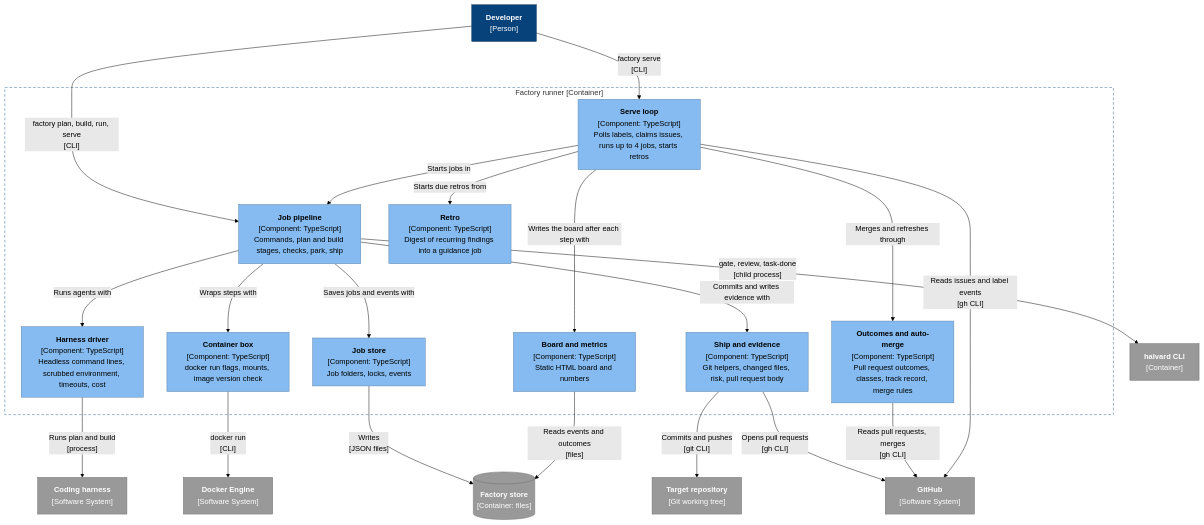
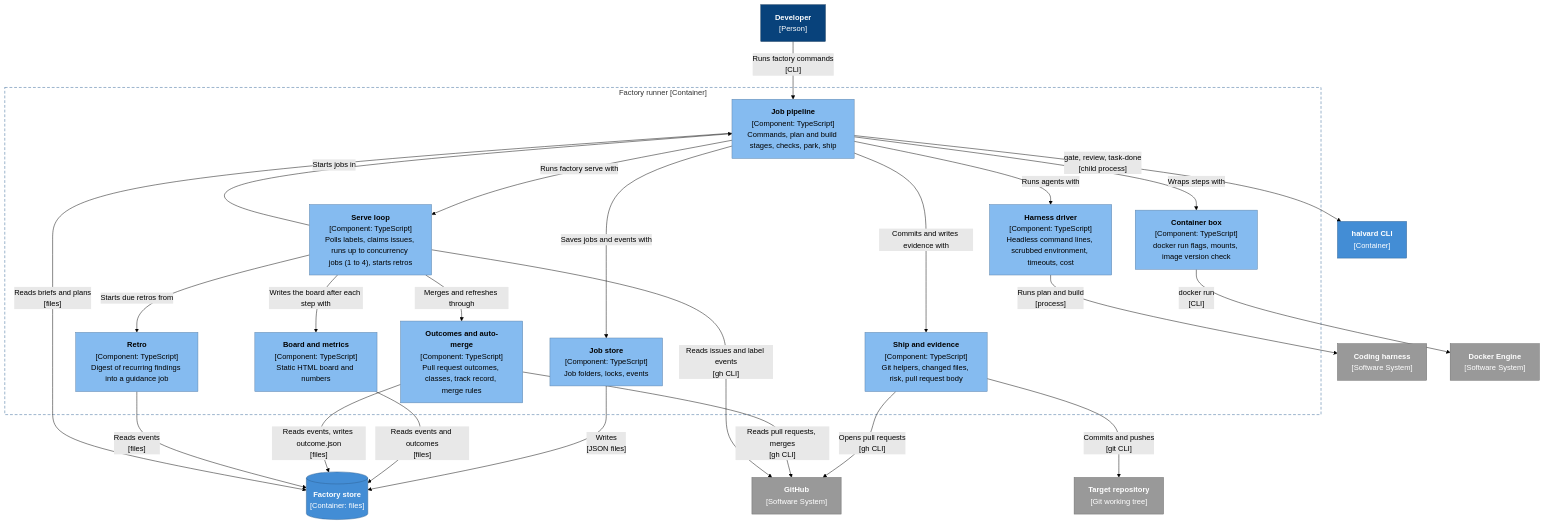
One commit to ghulando/halvard changed the fifth of 7 diagrams in docs/architecture.md. Above: the diagram before and after it, drawn with Mermaid (forest theme). The commit also changed other lines of this file and 1 other file, not shown here.

First line of the commit message:
Correct the architecture document after review

````diff
--- a/docs/architecture.md
+++ b/docs/architecture.md
@@ -199,50 +207,55 @@
 ```mermaid
 flowchart TB
     dev["<b>Developer</b><br/>[Person]"]
     github["<b>GitHub</b><br/>[Software System]"]
     harness["<b>Coding harness</b><br/>[Software System]"]
     cli["<b>halvard CLI</b><br/>[Container]"]
     docker["<b>Docker Engine</b><br/>[Software System]"]
     jobs[("<b>Factory store</b><br/>[Container: files]")]
     repo["<b>Target repository</b><br/>[Git working tree]"]
 
     subgraph runner["Factory runner [Container]"]
         commands["<b>Job pipeline</b><br/>[Component: TypeScript]<br/>Commands, plan and build stages, checks, park, ship"]
-        serve["<b>Serve loop</b><br/>[Component: TypeScript]<br/>Polls labels, claims issues, runs up to 4 jobs, starts retros"]
+        serve["<b>Serve loop</b><br/>[Component: TypeScript]<br/>Polls labels, claims issues, runs up to concurrency jobs (1 to 4), starts retros"]
         driver["<b>Harness driver</b><br/>[Component: TypeScript]<br/>Headless command lines, scrubbed environment, timeouts, cost"]
         box["<b>Container box</b><br/>[Component: TypeScript]<br/>docker run flags, mounts, image version check"]
         store["<b>Job store</b><br/>[Component: TypeScript]<br/>Job folders, locks, events"]
         ship["<b>Ship and evidence</b><br/>[Component: TypeScript]<br/>Git helpers, changed files, risk, pull request body"]
         outcomes["<b>Outcomes and auto-merge</b><br/>[Component: TypeScript]<br/>Pull request outcomes, classes, track record, merge rules"]
         retro["<b>Retro</b><br/>[Component: TypeScript]<br/>Digest of recurring findings into a guidance job"]
         board["<b>Board and metrics</b><br/>[Component: TypeScript]<br/>Static HTML board and numbers"]
     end
 
-    dev -- "factory plan, build, run, serve<br/>[CLI]" --> commands
-    dev -- "factory serve<br/>[CLI]" --> serve
+    dev -- "Runs factory commands<br/>[CLI]" --> commands
+    commands -- "Runs factory serve with" --> serve
     serve -- "Starts jobs in" --> commands
     serve -- "Merges and refreshes through" --> outcomes
     serve -- "Starts due retros from" --> retro
     commands -- "Runs agents with" --> driver
     commands -- "Wraps steps with" --> box
     commands -- "Saves jobs and events with" --> store
     commands -- "Commits and writes evidence with" --> ship
     commands -- "gate, review, task-done<br/>[child process]" --> cli
     driver -- "Runs plan and build<br/>[process]" --> harness
     box -- "docker run<br/>[CLI]" --> docker
     store -- "Writes<br/>[JSON files]" --> jobs
     ship -- "Commits and pushes<br/>[git CLI]" --> repo
     ship -- "Opens pull requests<br/>[gh CLI]" --> github
     outcomes -- "Reads pull requests, merges<br/>[gh CLI]" --> github
     serve -- "Reads issues and label events<br/>[gh CLI]" --> github
     serve -- "Writes the board after each step with" --> board
     board -- "Reads events and outcomes<br/>[files]" --> jobs
+    outcomes -- "Reads events, writes outcome.json<br/>[files]" --> jobs
+    retro -- "Reads events<br/>[files]" --> jobs
+    commands -- "Reads briefs and plans<br/>[files]" --> jobs
 
     classDef person fill:#08427b,stroke:#052e56,color:#ffffff
     classDef component fill:#85bbf0,stroke:#5d82a8,color:#000000
     classDef external fill:#999999,stroke:#6b6b6b,color:#ffffff
     class dev person
+    classDef container fill:#438dd5,stroke:#2e6295,color:#ffffff
     class commands,serve,driver,box,store,ship,outcomes,retro,board component
-    class github,harness,cli,docker,jobs,repo external
+    class cli,jobs container
+    class github,harness,docker,repo external
     style runner fill:none,stroke:#2e6295,stroke-dasharray:6 4
 ```
````
